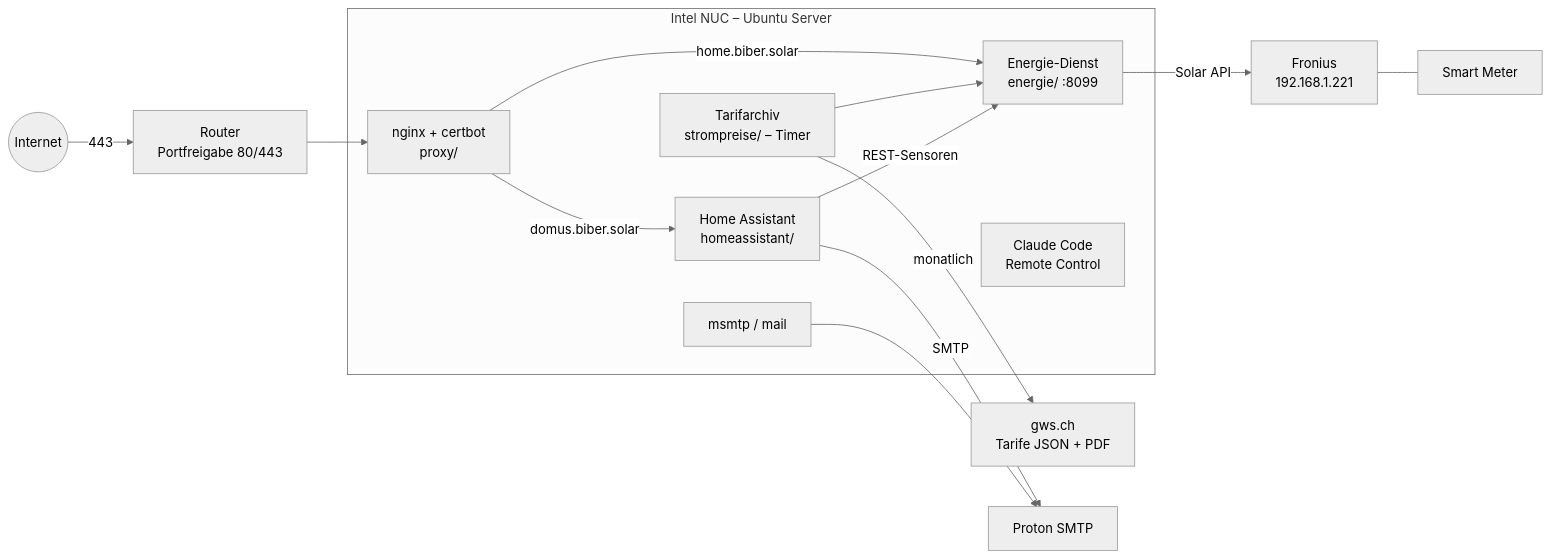
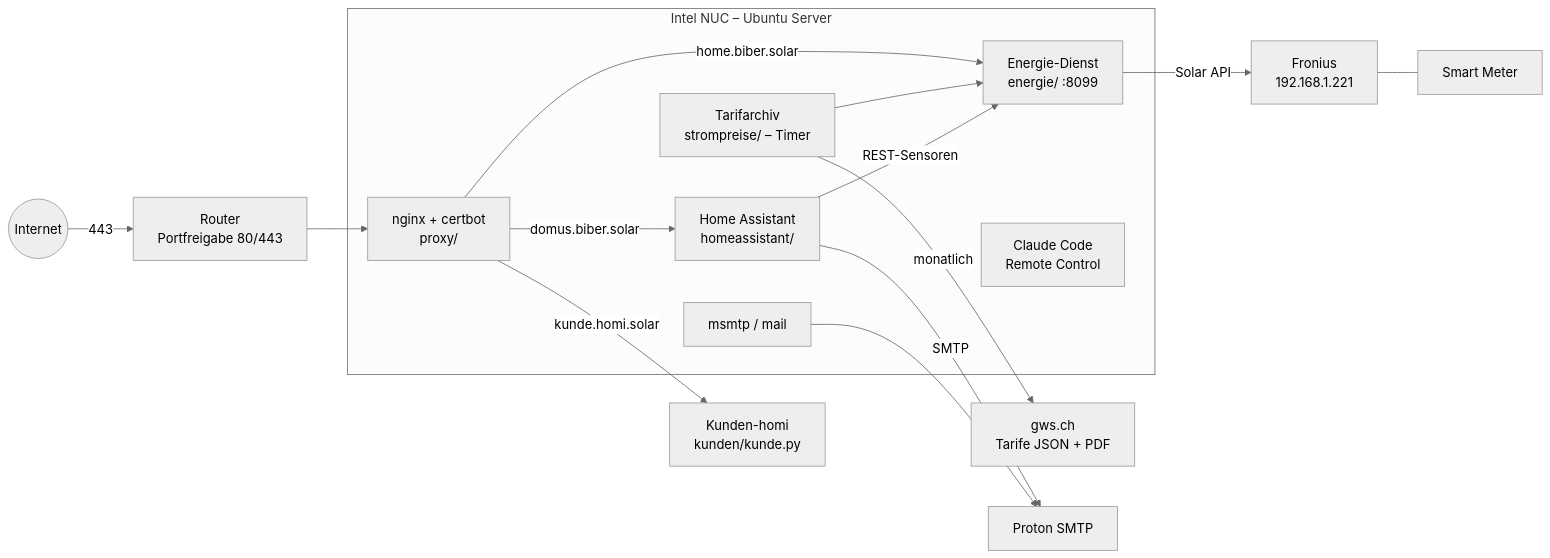
The diagram in docs/PROJEKT.md (patbiber/domus), drawn with Mermaid (neutral theme) before and after one commit. The commit also changed other lines of this file and 10 other files, not shown here.

First line of the commit message:
homi.solar als Basis-Domain für Kunden-Instanzen (<name>.homi.solar)

````diff
--- a/docs/PROJEKT.md
+++ b/docs/PROJEKT.md
@@ -40,24 +40,25 @@
 ```mermaid
 flowchart LR
     Internet((Internet)) -->|443| Router[Router<br/>Portfreigabe 80/443]
     Router --> nginx
 
     subgraph NUC [Intel NUC – Ubuntu Server]
         nginx[nginx + certbot<br/>proxy/]
         HA[Home Assistant<br/>homeassistant/]
         EN[Energie-Dienst<br/>energie/ :8099]
         SP[Tarifarchiv<br/>strompreise/ – Timer]
         MAIL[msmtp / mail]
         CL[Claude Code<br/>Remote Control]
     end
 
     nginx -->|domus.biber.solar| HA
     nginx -->|home.biber.solar| EN
+    nginx -->|kunde.homi.solar| KU[Kunden-homi<br/>kunden/kunde.py]
     EN -->|Solar API| FR[Fronius<br/>192.168.1.221]
     FR --- SM[Smart Meter]
     SP -->|monatlich| GWS[gws.ch<br/>Tarife JSON + PDF]
     SP --> EN
     HA -->|REST-Sensoren| EN
     HA -->|SMTP| Proton[Proton SMTP]
     MAIL --> Proton
 ```
````
